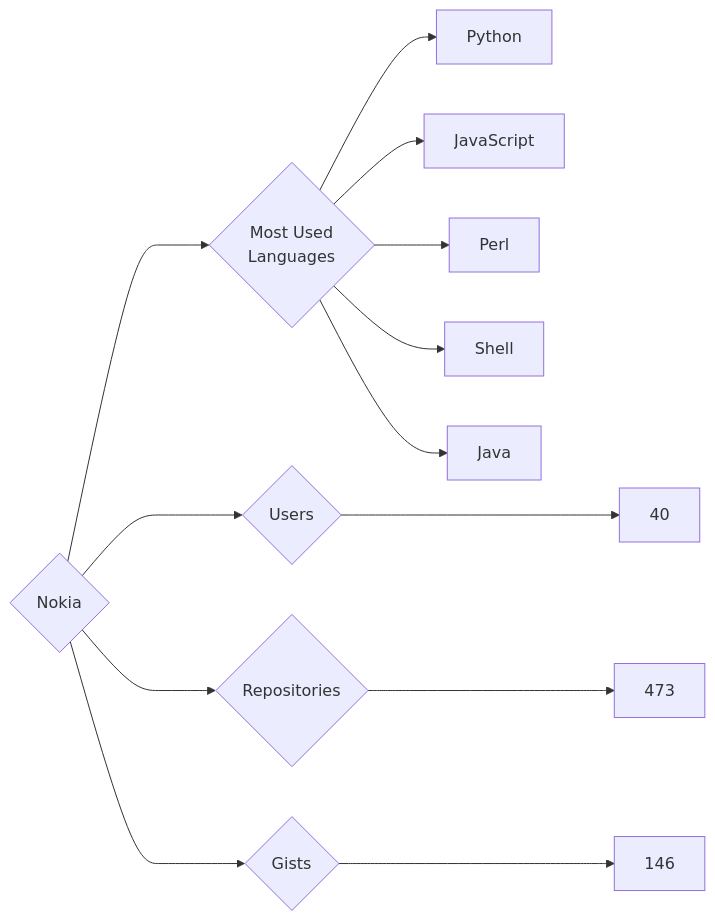
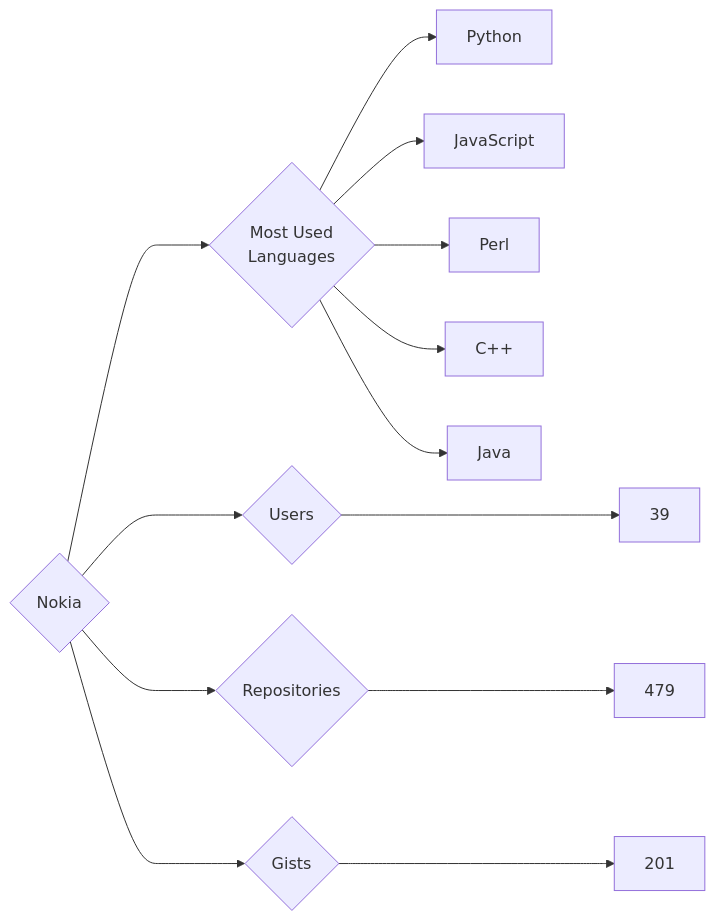
One commit to trickest/insiders changed the diagram in targets/Nokia/README.md. Above: the diagram before and after it, drawn with Mermaid. The commit also changed 920 other files, not shown here.

````diff
--- a/targets/Nokia/README.md
+++ b/targets/Nokia/README.md
@@ -3,13 +3,13 @@
 ```mermaid
 graph LR
 COMPANY_NAME{Nokia}
-COMPANY_NAME ---> U{Users} ---> UN[40]
-COMPANY_NAME ---> R{Repositories} ---> RN[473]
-COMPANY_NAME ---> G{Gists} ---> GN[146]
+COMPANY_NAME ---> U{Users} ---> UN[39]
+COMPANY_NAME ---> R{Repositories} ---> RN[479]
+COMPANY_NAME ---> G{Gists} ---> GN[201]
 COMPANY_NAME ---> ML{Most Used<br>Languages}
 ML --> Python[Python]
 ML --> JavaScript[JavaScript]
 ML --> Perl[Perl]
-ML --> Shell[Shell]
+ML --> C++[C++]
 ML --> Java[Java]
 ```
````
